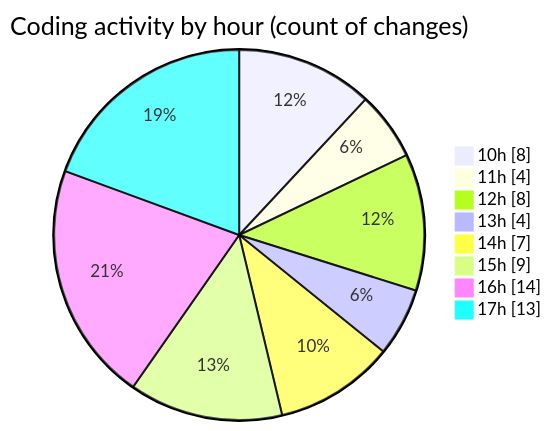
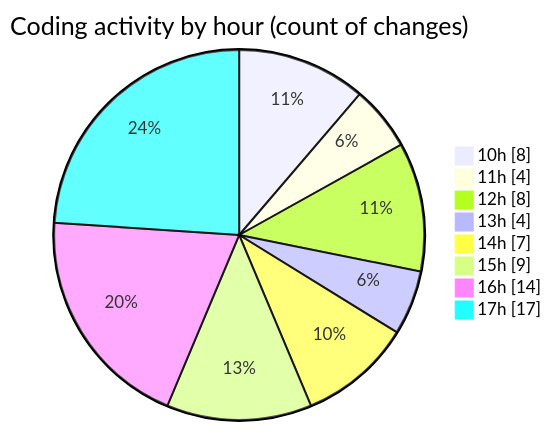
Before and after one commit to nxtqubesakshisongat/code-tracking: the second of 2 diagrams in 2025-08-07/nxtqube_webapp/README.md, drawn with Mermaid. The commit also changed other lines of this file and 1 other file, not shown here.

````diff
--- a/2025-08-07/nxtqube_webapp/README.md
+++ b/2025-08-07/nxtqube_webapp/README.md
@@ -35,12 +35,12 @@
 ```mermaid
 pie showData
 title Coding activity by hour (count of changes)
 "10h" : 8
 "11h" : 4
 "12h" : 8
 "13h" : 4
 "14h" : 7
 "15h" : 9
 "16h" : 14
-"17h" : 13
+"17h" : 17
 ```
````
